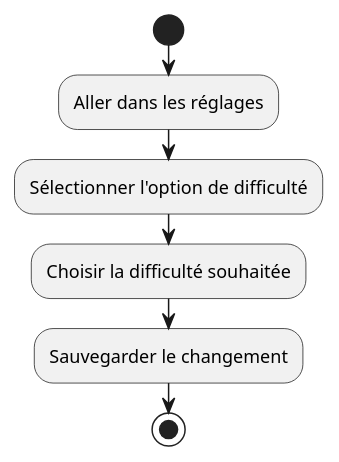
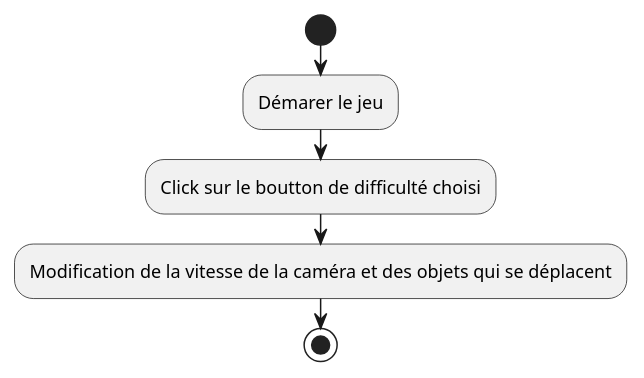
The diagram in Diagram/ActivityDiagram/changeDifficulty.puml (LosVerinos/Crossy-Road), drawn with PlantUML before and after one commit. The commit also changed 13 other files, not shown here.

Commit message:
première modif sur les diagrammes d'activités

```diff
--- a/Diagram/ActivityDiagram/changeDifficulty.puml
+++ b/Diagram/ActivityDiagram/changeDifficulty.puml
@@ -1,8 +1,7 @@
 @startuml
 start
-:Aller dans les réglages;
-:Sélectionner l'option de difficulté;
-:Choisir la difficulté souhaitée;
-:Sauvegarder le changement;
+:Démarer le jeu;
+:Click sur le boutton de difficulté choisi;
+:Modification de la vitesse de la caméra et des objets qui se déplacent;
 stop
 @enduml
```
